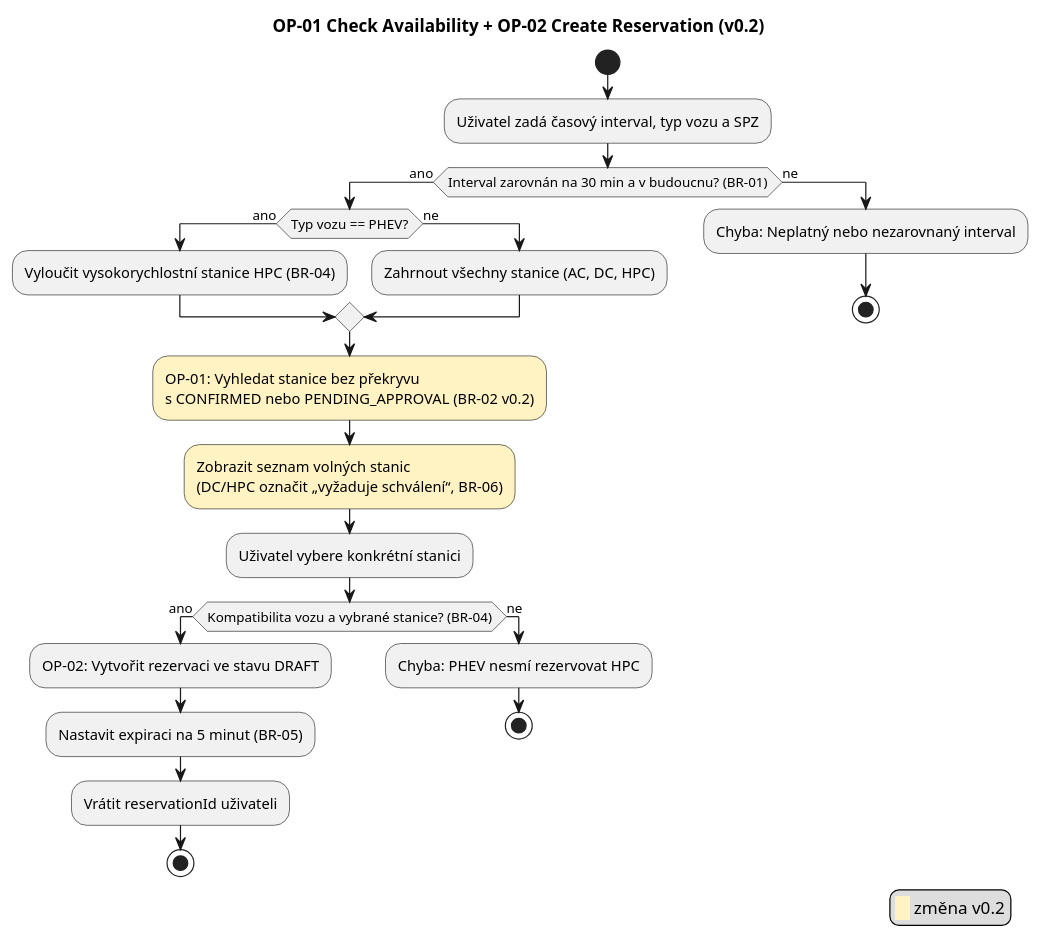
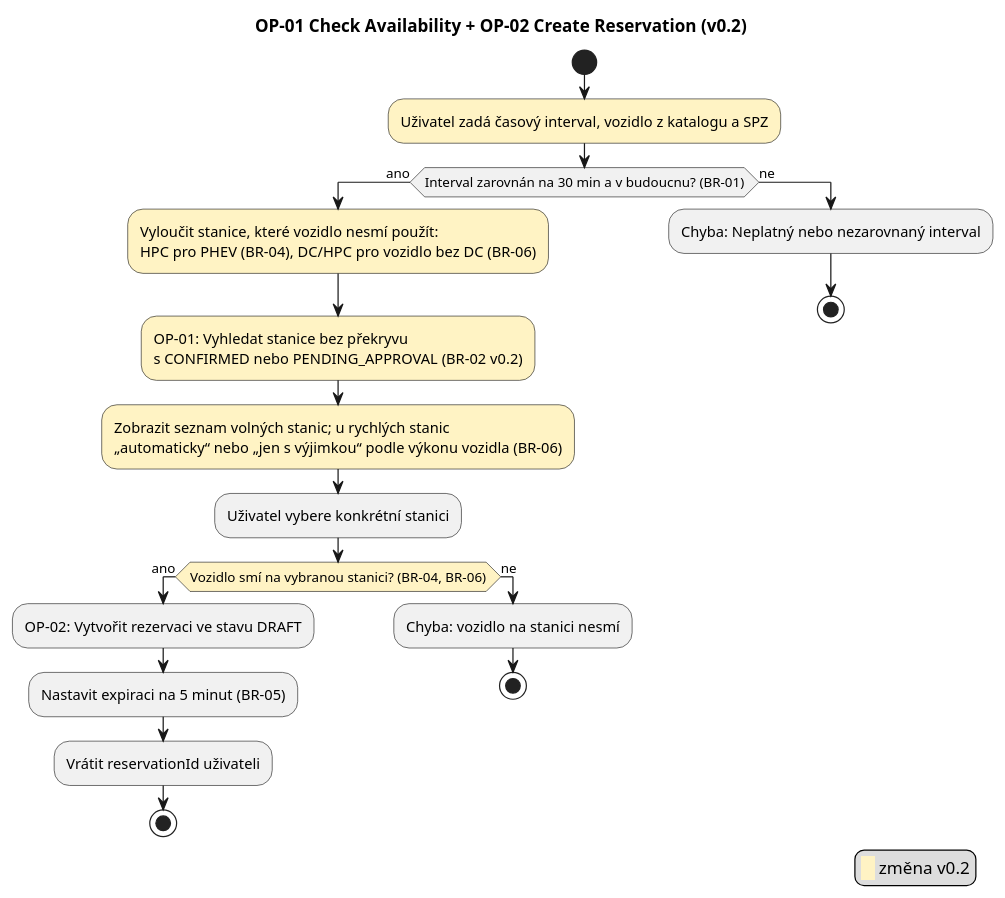
Before and after one commit to Gangyss67/SWI_Charger_stations: the diagram in docs/diagrams/act_op01_v02.puml, drawn with PlantUML. The commit also changed 33 other files, not shown here.

First line of the commit message:
C02: pripusteni vozidla podle nabijeciho vykonu + nove UI

```diff
--- a/docs/diagrams/act_op01_v02.puml
+++ b/docs/diagrams/act_op01_v02.puml
@@ -1,33 +1,30 @@
 @startuml
 skinparam defaultFontName Arial
 title OP-01 Check Availability + OP-02 Create Reservation (v0.2)
 start
-:Uživatel zadá časový interval, typ vozu a SPZ;
+#FFF3C4:Uživatel zadá časový interval, vozidlo z katalogu a SPZ;
 if (Interval zarovnán na 30 min a v budoucnu? (BR-01)) then (ano)
-  if (Typ vozu == PHEV?) then (ano)
-    :Vyloučit vysokorychlostní stanice HPC (BR-04);
-  else (ne)
-    :Zahrnout všechny stanice (AC, DC, HPC);
-  endif
+  #FFF3C4:Vyloučit stanice, které vozidlo nesmí použít:
+  HPC pro PHEV (BR-04), DC/HPC pro vozidlo bez DC (BR-06);
   #FFF3C4:OP-01: Vyhledat stanice bez překryvu
   s CONFIRMED nebo PENDING_APPROVAL (BR-02 v0.2);
-  #FFF3C4:Zobrazit seznam volných stanic
-  (DC/HPC označit „vyžaduje schválení“, BR-06);
+  #FFF3C4:Zobrazit seznam volných stanic; u rychlých stanic
+  „automaticky“ nebo „jen s výjimkou“ podle výkonu vozidla (BR-06);
   :Uživatel vybere konkrétní stanici;
-  if (Kompatibilita vozu a vybrané stanice? (BR-04)) then (ano)
+  #FFF3C4:if (Vozidlo smí na vybranou stanici? (BR-04, BR-06)) then (ano)
     :OP-02: Vytvořit rezervaci ve stavu DRAFT;
     :Nastavit expiraci na 5 minut (BR-05);
     :Vrátit reservationId uživateli;
     stop
   else (ne)
-    :Chyba: PHEV nesmí rezervovat HPC;
+    :Chyba: vozidlo na stanici nesmí;
     stop
   endif
 else (ne)
   :Chyba: Neplatný nebo nezarovnaný interval;
   stop
 endif
 legend right
   <back:#FFF3C4>   </back> změna v0.2
 endlegend
 @enduml
```
